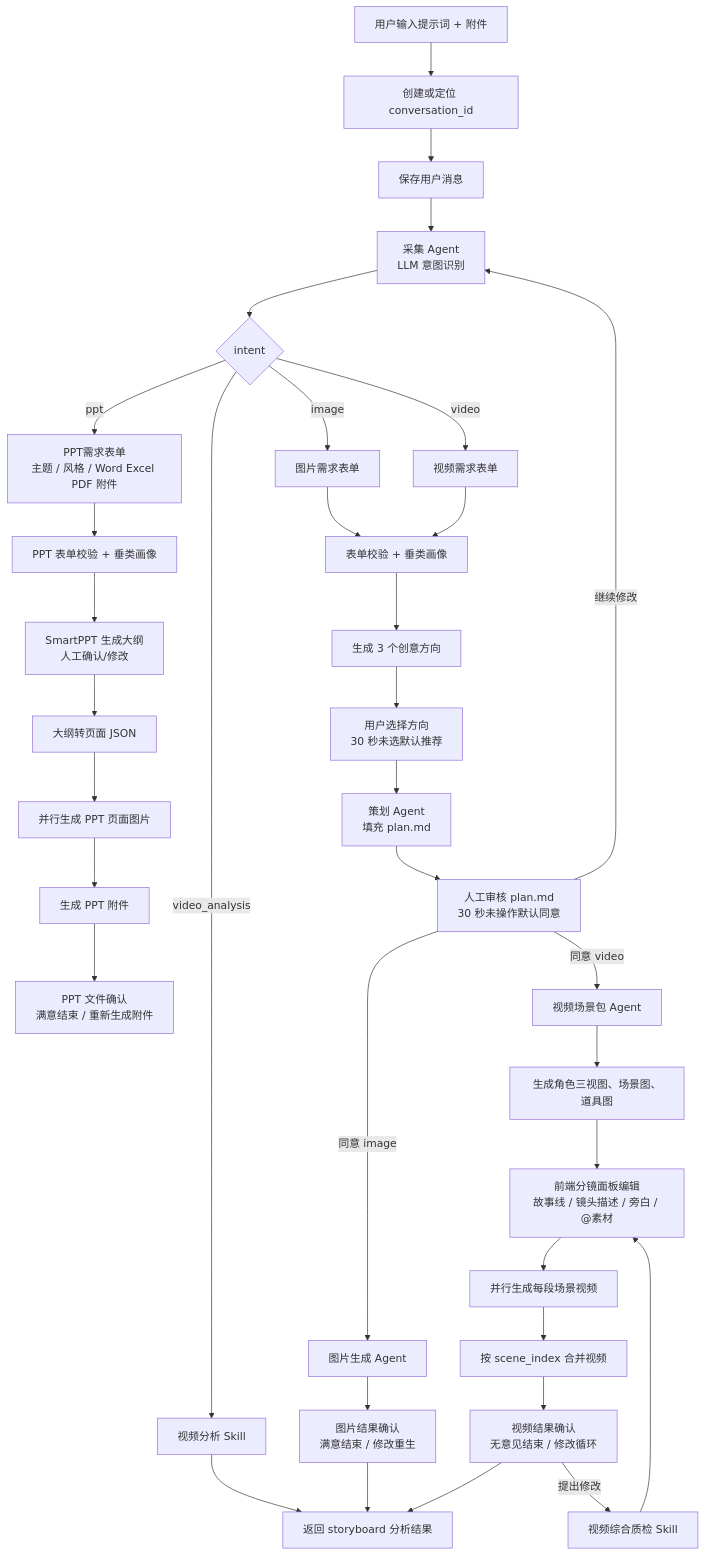
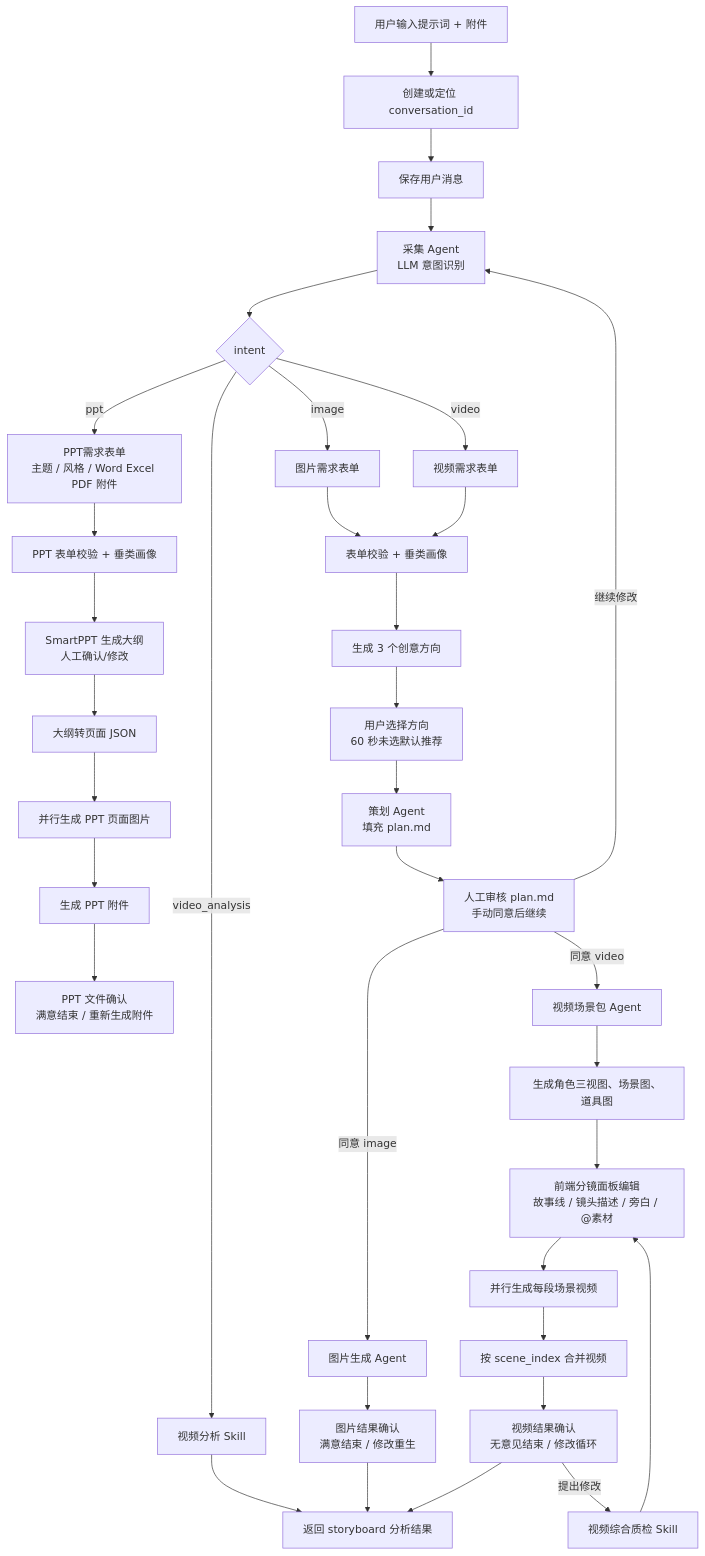
The second of 7 diagrams in docs/pixelflow-agent-skill-flow-latest-design.md (joyslxd/pixelflow), drawn with Mermaid before and after one commit. The commit also changed other lines of this file and 5 other files, not shown here.

````diff
--- a/docs/pixelflow-agent-skill-flow-latest-design.md
+++ b/docs/pixelflow-agent-skill-flow-latest-design.md
@@ -45,37 +45,37 @@
 ```mermaid
 flowchart TD
   A["用户输入提示词 + 附件"] --> B["创建或定位 conversation_id"]
   B --> C["保存用户消息"]
   C --> D["采集 Agent<br/>LLM 意图识别"]
   D --> E{"intent"}
   E -->|"video_analysis"| VA["视频分析 Skill"]
   E -->|"image"| IF["图片需求表单"]
   E -->|"video"| VF["视频需求表单"]
   E -->|"ppt"| PF["PPT需求表单<br/>主题 / 风格 / Word Excel PDF 附件"]
   IF --> IV["表单校验 + 垂类画像"]
   VF --> IV
   PF --> PIV["PPT 表单校验 + 垂类画像"]
   PIV --> PSUM["SmartPPT 生成大纲<br/>人工确认/修改"]
   PSUM --> PJSON["大纲转页面 JSON"]
   PJSON --> PIMG["并行生成 PPT 页面图片"]
   PIMG --> PFILE["生成 PPT 附件"]
   PFILE --> PDONE["PPT 文件确认<br/>满意结束 / 重新生成附件"]
   IV --> DIR["生成 3 个创意方向"]
-  DIR --> CHOOSE["用户选择方向<br/>30 秒未选默认推荐"]
+  DIR --> CHOOSE["用户选择方向<br/>60 秒未选默认推荐"]
   CHOOSE --> PLAN["策划 Agent<br/>填充 plan.md"]
-  PLAN --> REVIEW["人工审核 plan.md<br/>30 秒未操作默认同意"]
+  PLAN --> REVIEW["人工审核 plan.md<br/>手动同意后继续"]
   REVIEW -->|"继续修改"| D
   REVIEW -->|"同意 image"| IMG["图片生成 Agent"]
   REVIEW -->|"同意 video"| VP["视频场景包 Agent"]
   IMG --> IR["图片结果确认<br/>满意结束 / 修改重生"]
   VP --> SA["生成角色三视图、场景图、道具图"]
   SA --> SB["前端分镜面板编辑<br/>故事线 / 镜头描述 / 旁白 / @素材"]
   SB --> SV["并行生成每段场景视频"]
   SV --> MERGE["按 scene_index 合并视频"]
   MERGE --> VR["视频结果确认<br/>无意见结束 / 修改循环"]
   VR -->|"提出修改"| QC["视频综合质检 Skill"]
   QC --> SB
   VA --> DONE["返回 storyboard 分析结果"]
   IR --> DONE
   VR --> DONE
 ```
````
